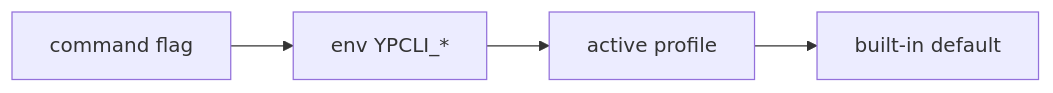
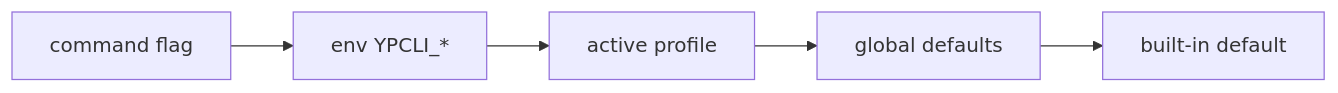
One commit to dantte-lp/ypcli changed the diagram in docs/en/05-configuration.md. Above: the diagram before and after it, drawn with Mermaid. The commit also changed other lines of this file and 10 other files, not shown here.

First line of the commit message:
feat(config): add global defaults outside profiles

````diff
--- a/docs/en/05-configuration.md
+++ b/docs/en/05-configuration.md
@@ -7,4 +7,4 @@
 ```mermaid
 flowchart LR
-    FLAG["command flag"] --> ENV["env YPCLI_*"] --> PROF["active profile"] --> DEF["built-in default"]
+    FLAG["command flag"] --> ENV["env YPCLI_*"] --> PROF["active profile"] --> GLOB["global defaults"] --> DEF["built-in default"]
 ```
````
